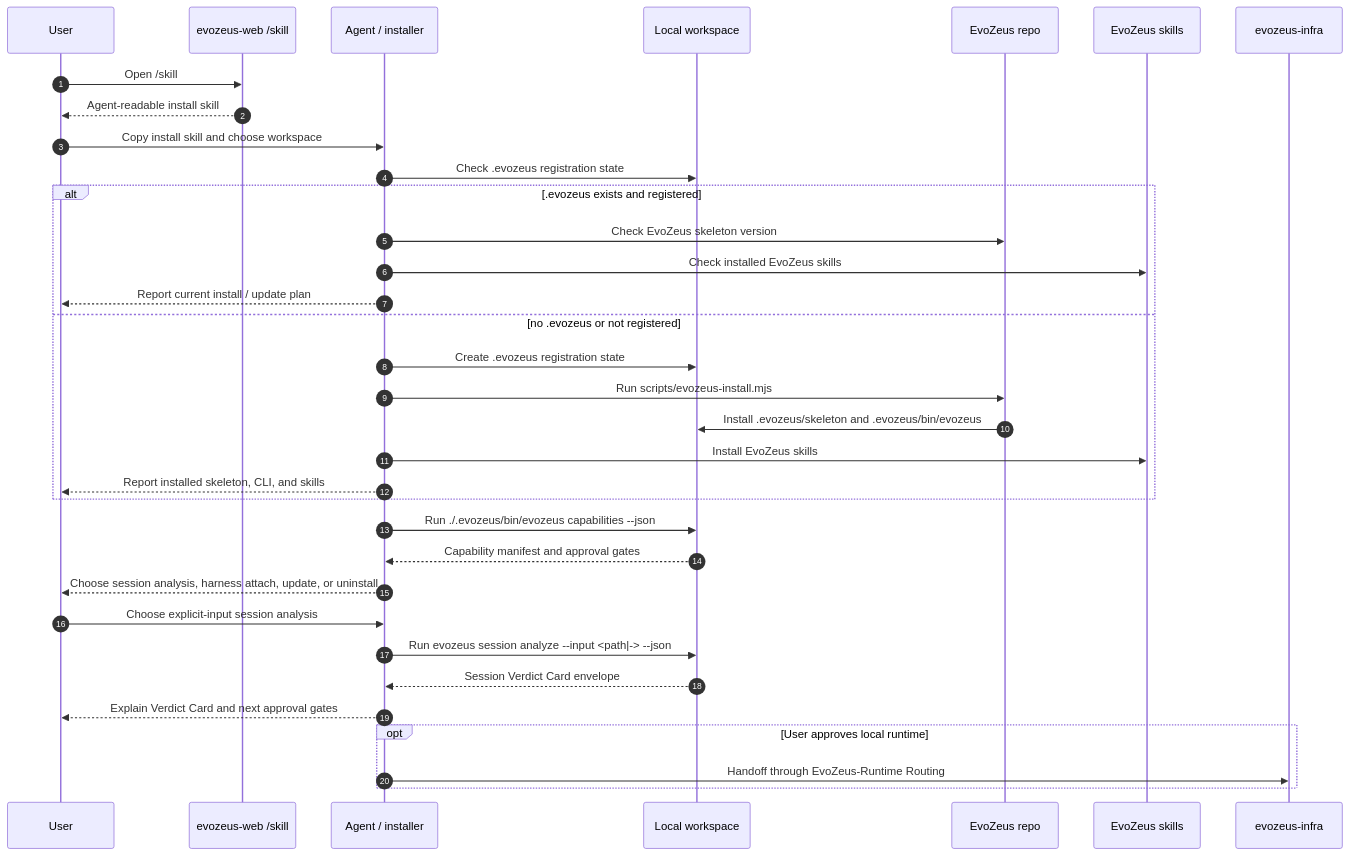
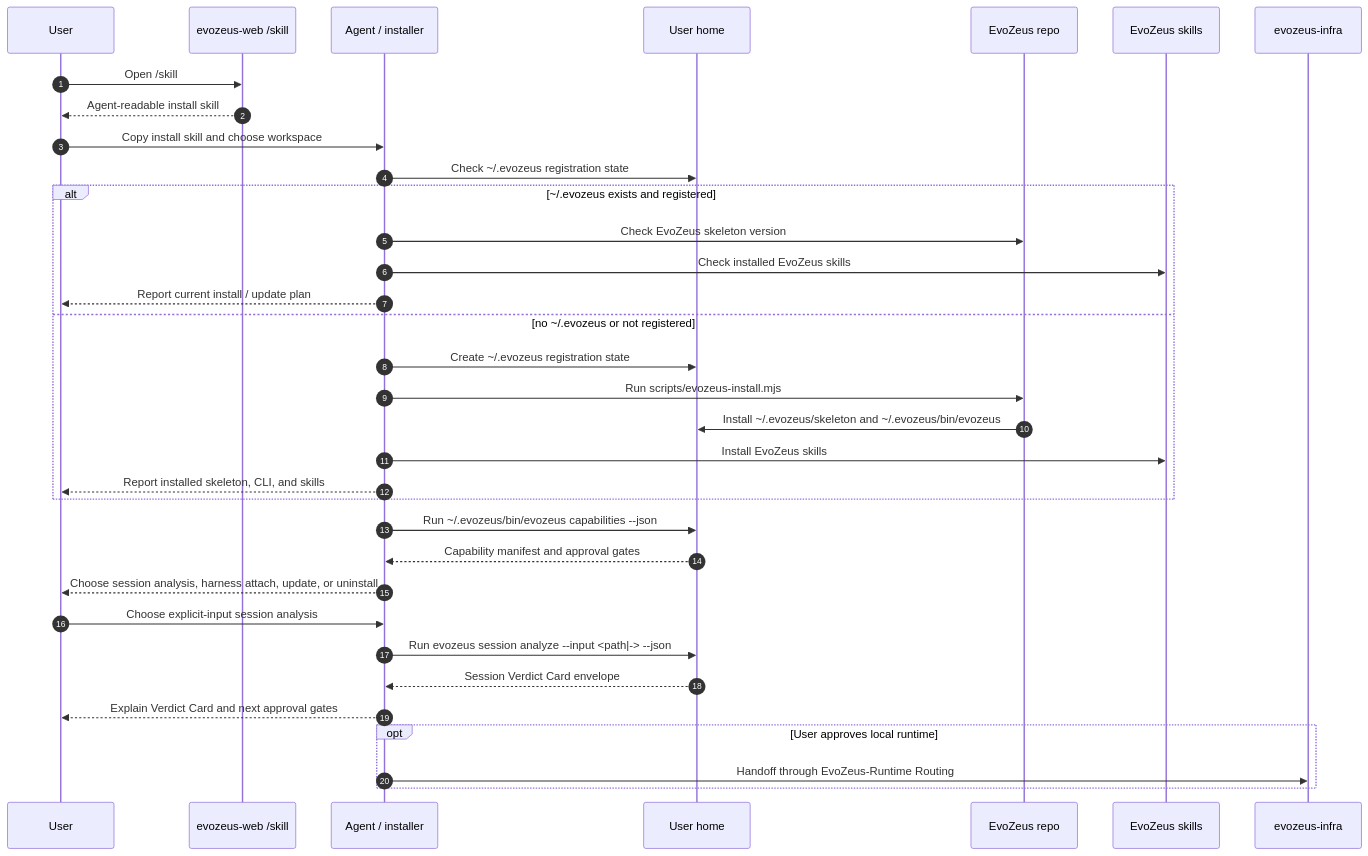
One commit to MetaInFLow/EvoZeus changed the diagram in docs/README.zh-CN.md. Above: the diagram before and after it, drawn with Mermaid. The commit also changed other lines of this file and 14 other files, not shown here.

Commit message:
fix: install evozeus under user home

````diff
--- a/docs/README.zh-CN.md
+++ b/docs/README.zh-CN.md
@@ -46,40 +46,40 @@
 ```mermaid
 sequenceDiagram
   autonumber
   participant User
   participant Community as evozeus-web /skill
   participant Installer as Agent / installer
-  participant Local as Local workspace
+  participant Local as User home
   participant Main as EvoZeus repo
   participant Skills as EvoZeus skills
   participant Runtime as evozeus-infra
 
   User->>Community: Open /skill
   Community-->>User: Agent-readable install skill
   User->>Installer: Copy install skill and choose workspace
-  Installer->>Local: Check .evozeus registration state
+  Installer->>Local: Check ~/.evozeus registration state
 
-  alt .evozeus exists and registered
+  alt ~/.evozeus exists and registered
     Installer->>Main: Check EvoZeus skeleton version
     Installer->>Skills: Check installed EvoZeus skills
     Installer-->>User: Report current install / update plan
-  else no .evozeus or not registered
-    Installer->>Local: Create .evozeus registration state
+  else no ~/.evozeus or not registered
+    Installer->>Local: Create ~/.evozeus registration state
     Installer->>Main: Run scripts/evozeus-install.mjs
-    Main->>Local: Install .evozeus/skeleton and .evozeus/bin/evozeus
+    Main->>Local: Install ~/.evozeus/skeleton and ~/.evozeus/bin/evozeus
     Installer->>Skills: Install EvoZeus skills
     Installer-->>User: Report installed skeleton, CLI, and skills
   end
 
-  Installer->>Local: Run ./.evozeus/bin/evozeus capabilities --json
+  Installer->>Local: Run ~/.evozeus/bin/evozeus capabilities --json
   Local-->>Installer: Capability manifest and approval gates
   Installer-->>User: Choose session analysis, harness attach, update, or uninstall
   User->>Installer: Choose explicit-input session analysis
   Installer->>Local: Run evozeus session analyze --input <path|-> --json
   Local-->>Installer: Session Verdict Card envelope
   Installer-->>User: Explain Verdict Card and next approval gates
 
   opt User approves local runtime
     Installer->>Runtime: Handoff through EvoZeus-Runtime Routing
   end
 ```
````
